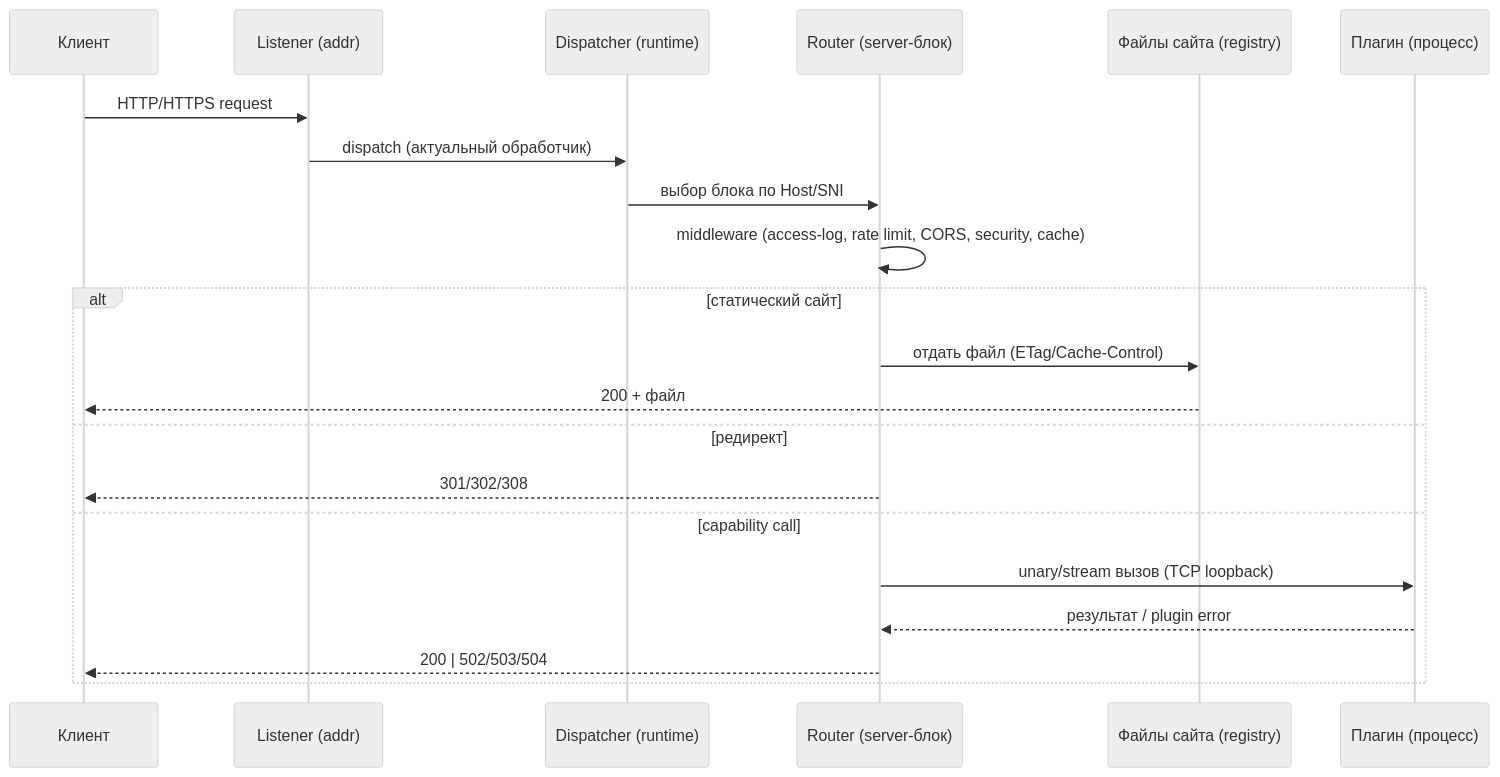
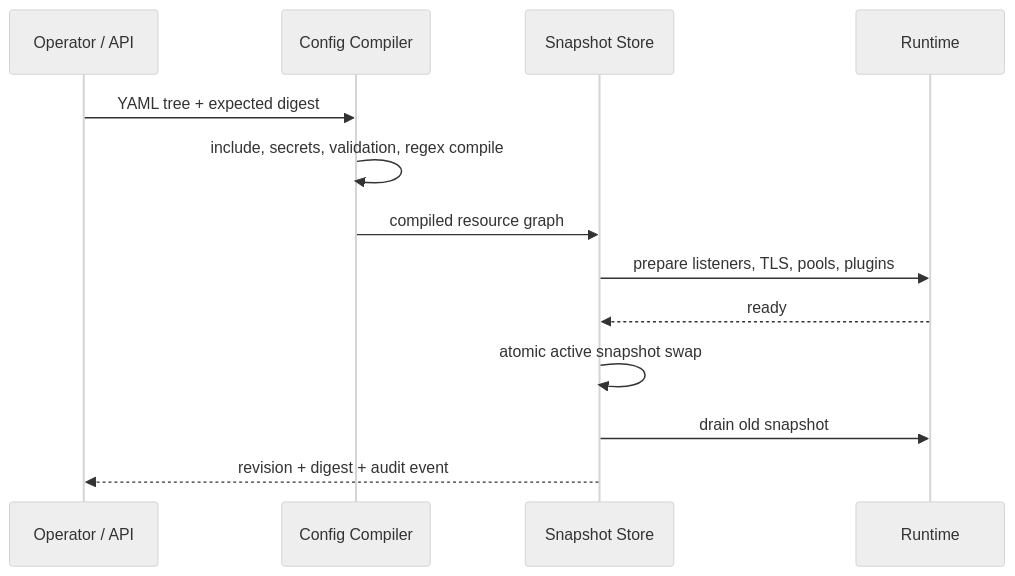
One commit to Liapoldus/liapoldus.github.io changed the second of 2 diagrams in gateway/architecture/gateway.md. Above: the diagram before and after it, drawn with Mermaid (neutral theme). The commit also changed other lines of this file and 26 other files, not shown here.

````diff
--- a/gateway/architecture/gateway.md
+++ b/gateway/architecture/gateway.md
@@ -78,24 +48,15 @@
 ```mermaid
 sequenceDiagram
-    participant C as Клиент
-    participant L as Listener (addr)
-    participant D as Dispatcher (runtime)
-    participant R as Router (server-блок)
-    participant F as Файлы сайта (registry)
-    participant P as Плагин (процесс)
-
-    C->>L: HTTP/HTTPS request
-    L->>D: dispatch (актуальный обработчик)
-    D->>R: выбор блока по Host/SNI
-    R->>R: middleware (access-log, rate limit, CORS, security, cache)
-    alt статический сайт
-        R->>F: отдать файл (ETag/Cache-Control)
-        F-->>C: 200 + файл
-    else редирект
-        R-->>C: 301/302/308
-    else capability call
-        R->>P: unary/stream вызов (TCP loopback)
-        P-->>R: результат / plugin error
-        R-->>C: 200 | 502/503/504
-    end
+  participant O as Operator / API
+  participant C as Config Compiler
+  participant S as Snapshot Store
+  participant R as Runtime
+  O->>C: YAML tree + expected digest
+  C->>C: include, secrets, validation, regex compile
+  C->>S: compiled resource graph
+  S->>R: prepare listeners, TLS, pools, plugins
+  R-->>S: ready
+  S->>S: atomic active snapshot swap
+  S->>R: drain old snapshot
+  S-->>O: revision + digest + audit event
 ```
````
